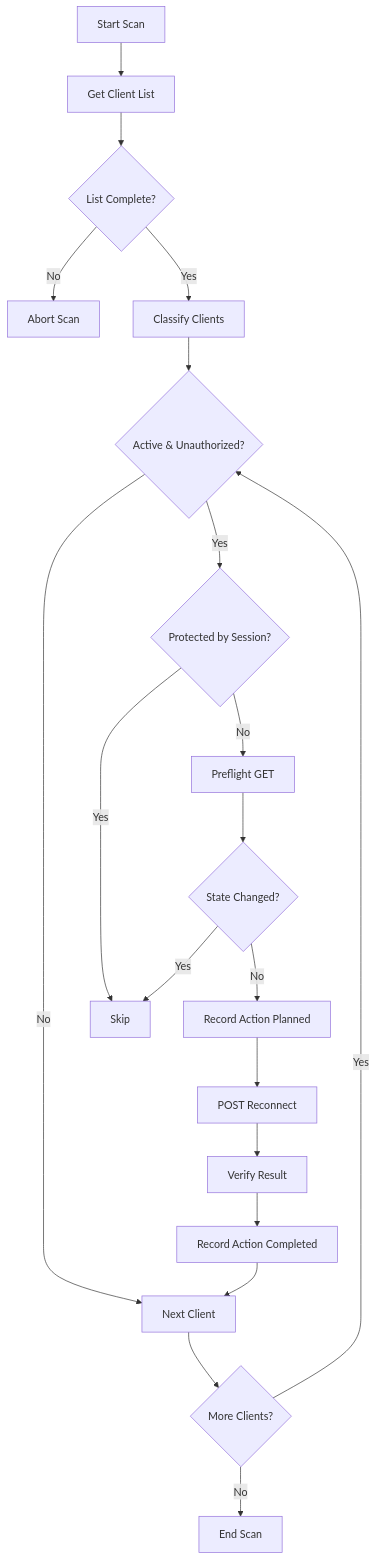
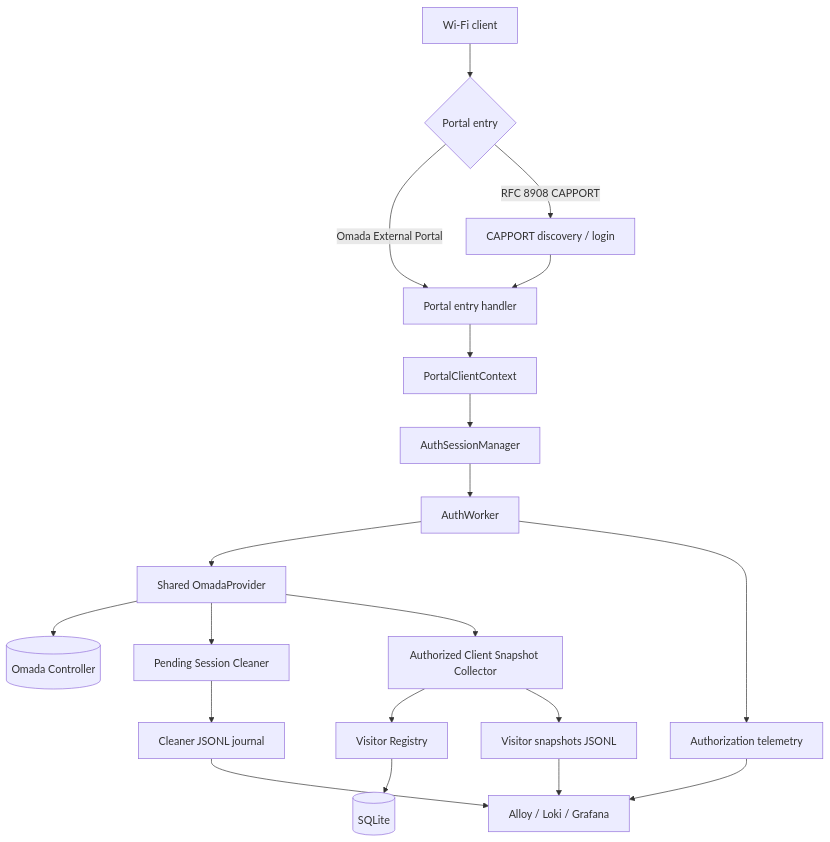
The first of 3 diagrams in README.md (ZaurNavi/CaptivePortal), drawn with Mermaid before and after one commit. The commit also changed other lines of this file, not shown here.

````diff
--- a/README.md
+++ b/README.md
@@ -114,27 +57,28 @@
 ```mermaid
 flowchart TD
-    Start[Start Scan] --> GetList[Get Client List]
-    GetList --> Validate{List Complete?}
-    Validate -- No --> StopScan[Abort Scan]
-    Validate -- Yes --> Classify[Classify Clients]
-    
-    Classify --> Filter{Active & Unauthorized?}
-    Filter -- No --> NextClient[Next Client]
-    Filter -- Yes --> CheckProtect{Protected by Session?}
-    
-    CheckProtect -- Yes --> Skip[Skip]
-    CheckProtect -- No --> Preflight[Preflight GET]
-    
-    Preflight --> CheckAgain{State Changed?}
-    CheckAgain -- Yes --> Skip
-    CheckAgain -- No --> Audit[Record Action Planned]
-    
-    Audit --> PostReconnect[POST Reconnect]
-    PostReconnect --> Verify[Verify Result]
-    Verify --> LogResult[Record Action Completed]
-    
-    LogResult --> NextClient
-    NextClient --> More{More Clients?}
-    More -- Yes --> Filter
-    More -- No --> Finish[End Scan]
+    Client[Wi-Fi client] --> Entry{Portal entry}
+
+    Entry -->|Omada External Portal| Portal[Portal entry handler]
+    Entry -->|RFC 8908 CAPPORT| Capport[CAPPORT discovery / login]
+    Capport --> Portal
+
+    Portal --> Context[PortalClientContext]
+    Context --> Sessions[AuthSessionManager]
+    Sessions --> Worker[AuthWorker]
+    Worker --> Provider[Shared OmadaProvider]
+    Provider --> Controller[(Omada Controller)]
+
+    Provider --> Cleaner[Pending Session Cleaner]
+    Provider --> Snapshots[Authorized Client Snapshot Collector]
+
+    Snapshots --> Registry[Visitor Registry]
+    Registry --> SQLite[(SQLite)]
+
+    Worker --> Telemetry[Authorization telemetry]
+    Cleaner --> CleanerJournal[Cleaner JSONL journal]
+    Snapshots --> SnapshotJournal[Visitor snapshots JSONL]
+
+    Telemetry --> Observability[Alloy / Loki / Grafana]
+    SnapshotJournal --> Observability
+    CleanerJournal --> Observability
 ```
````
